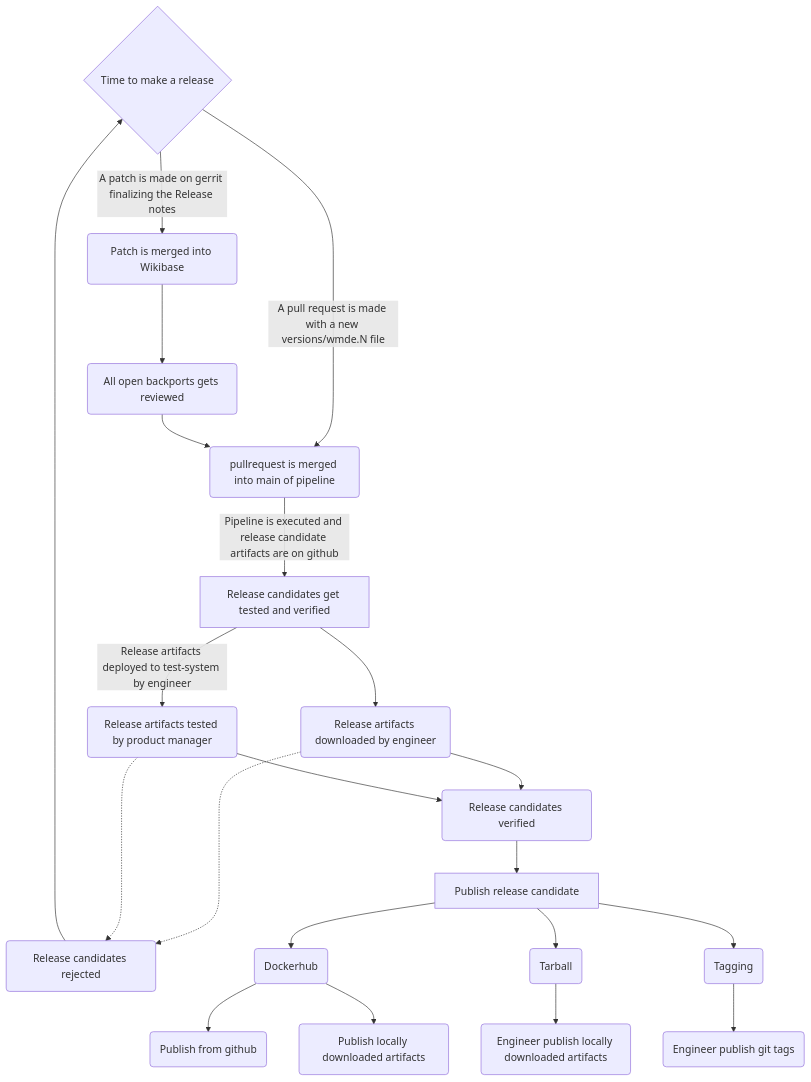
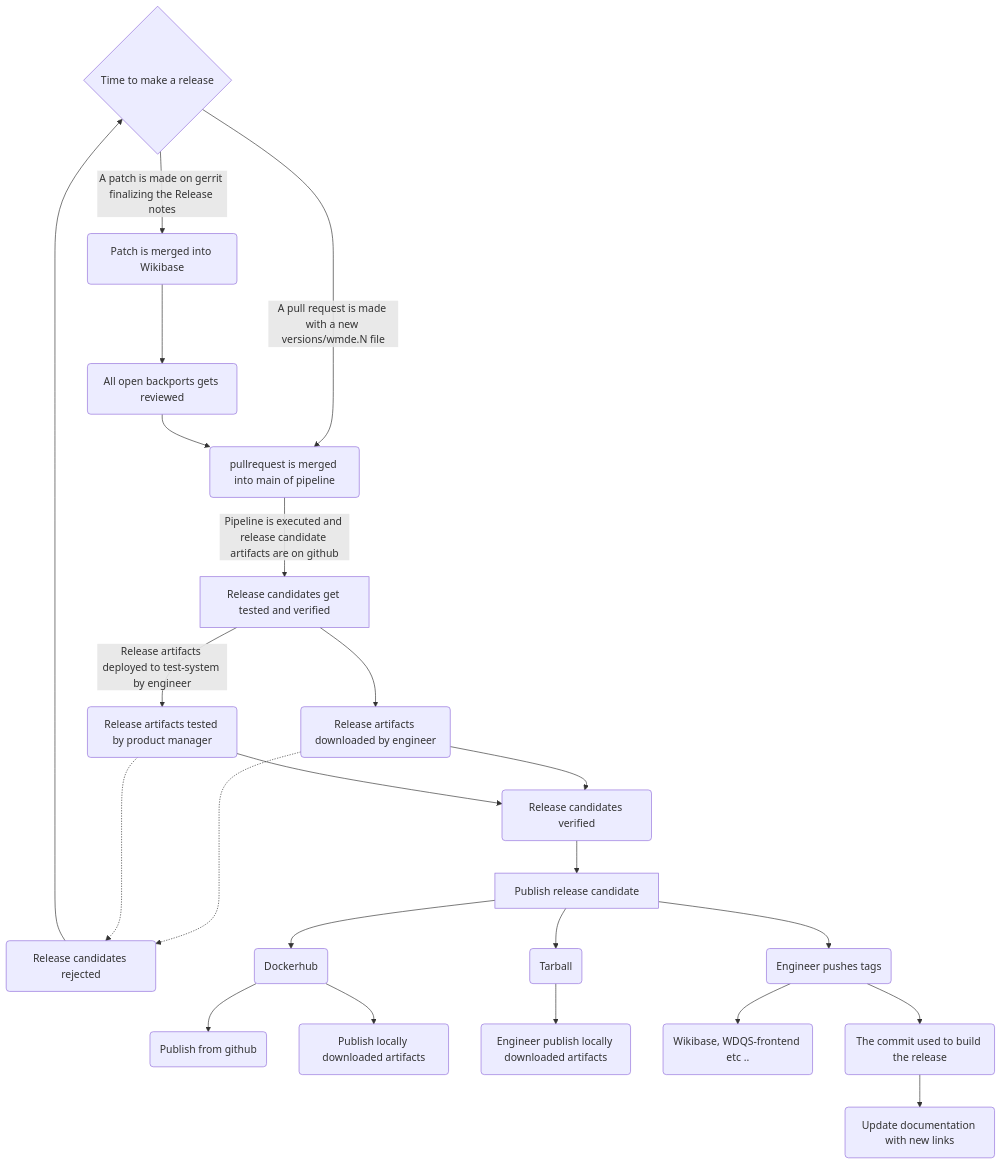
The diagram in diagrams/input/release-workflow.mmd (wmde/wikibase-release-pipeline), drawn with Mermaid before and after one commit. The commit also changed 1 other file, not shown here.

Commit message:
Update release worfklow diagram
Adds mention on tagging and updating docs.

```diff
--- a/diagrams/input/release-workflow.mmd
+++ b/diagrams/input/release-workflow.mmd
@@ -1,24 +1,26 @@
 graph TD
     A{Time to make a release} -->|A pull request is made with a new versions/wmde.N file| B(pullrequest is merged into main of pipeline)
 
     A -->|A patch is made on gerrit finalizing the Release notes| AA(Patch is merged into Wikibase)
     AA --> BB(All open backports gets reviewed)
     BB --> B
 
     B --> |Pipeline is executed and release candidate artifacts are on github| C[Release candidates get tested and verified]
     C --> D(Release artifacts downloaded by engineer)
     C --> | Release artifacts deployed to test-system by engineer| F(Release artifacts tested by product manager)
     D --> E(Release candidates verified)
     D -...-> EE(Release candidates rejected)
     EE --> A
     F-.-> EE
     F --> E
     E --> G[Publish release candidate]
     G --> H(Dockerhub)
     H --> K(Publish from github)
     H --> L(Publish locally downloaded artifacts)
     
     G --> I(Tarball)
     I --> II(Engineer publish locally downloaded artifacts)
-    G --> J(Tagging)
-    J -->JJ(Engineer publish git tags)
+    G --> J(Engineer pushes tags)
+    J -->JJ(Wikibase, WDQS-frontend etc ..)
+    J -->AH(The commit used to build the release)
+    AH -->BH(Update documentation with new links)
```
